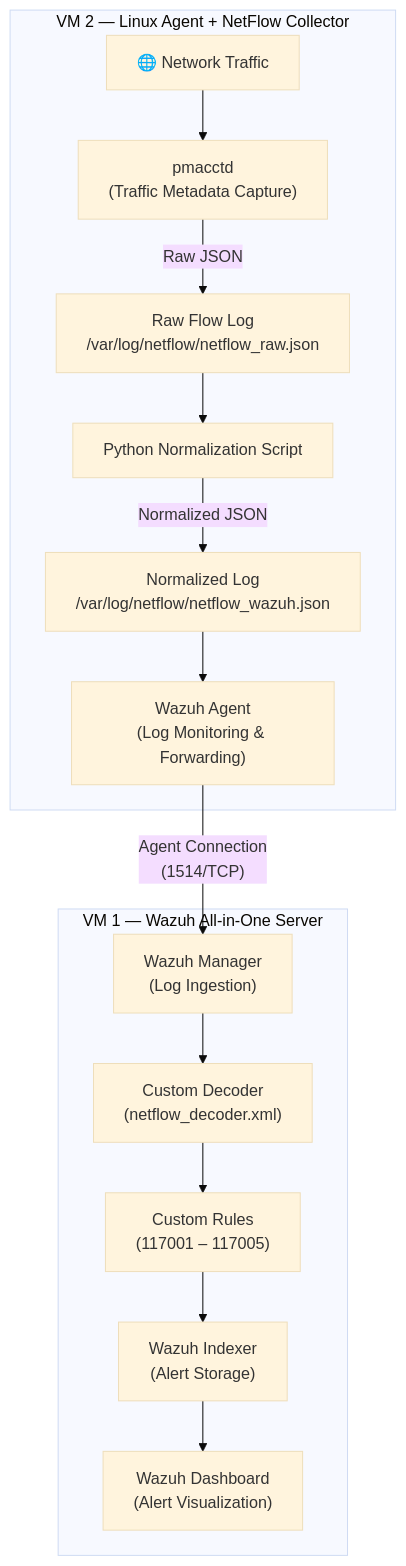
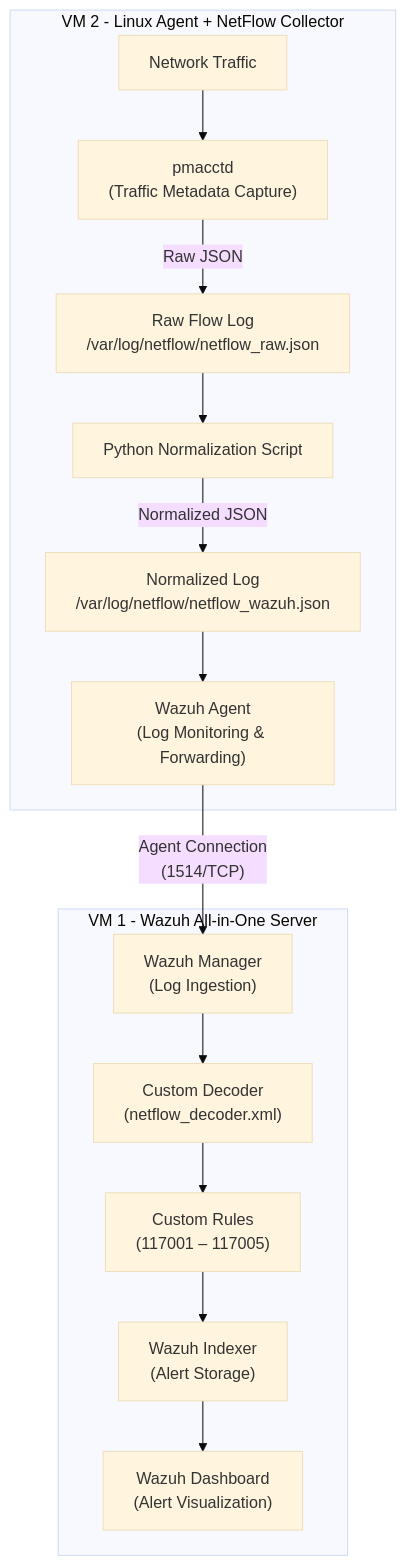
The diagram in docs/architecture.md (dimasqiramadhani/netflow-network-traffic-monitoring), drawn with Mermaid (base theme) before and after one commit. The commit also changed other lines of this file and 8 other files, not shown here.

````diff
--- a/docs/architecture.md
+++ b/docs/architecture.md
@@ -39,20 +39,20 @@
 ```mermaid
 flowchart TD
-    subgraph VM2["VM 2 — Linux Agent + NetFlow Collector"]
-        A["🌐 Network Traffic"] --> B["pmacctd\n(Traffic Metadata Capture)"]
+    subgraph VM2["VM 2 - Linux Agent + NetFlow Collector"]
+        A["Network Traffic"] --> B["pmacctd\n(Traffic Metadata Capture)"]
         B -->|"Raw JSON"| C["Raw Flow Log\n/var/log/netflow/netflow_raw.json"]
         C --> D["Python Normalization Script"]
         D -->|"Normalized JSON"| E["Normalized Log\n/var/log/netflow/netflow_wazuh.json"]
         E --> F["Wazuh Agent\n(Log Monitoring & Forwarding)"]
     end
 
-    subgraph VM1["VM 1 — Wazuh All-in-One Server"]
+    subgraph VM1["VM 1 - Wazuh All-in-One Server"]
         G["Wazuh Manager\n(Log Ingestion)"]
         G --> H["Custom Decoder\n(netflow_decoder.xml)"]
         H --> I["Custom Rules\n(117001 – 117005)"]
         I --> J["Wazuh Indexer\n(Alert Storage)"]
         J --> K["Wazuh Dashboard\n(Alert Visualization)"]
     end
 
     F -- "Agent Connection\n(1514/TCP)" --> G
 ```
````
